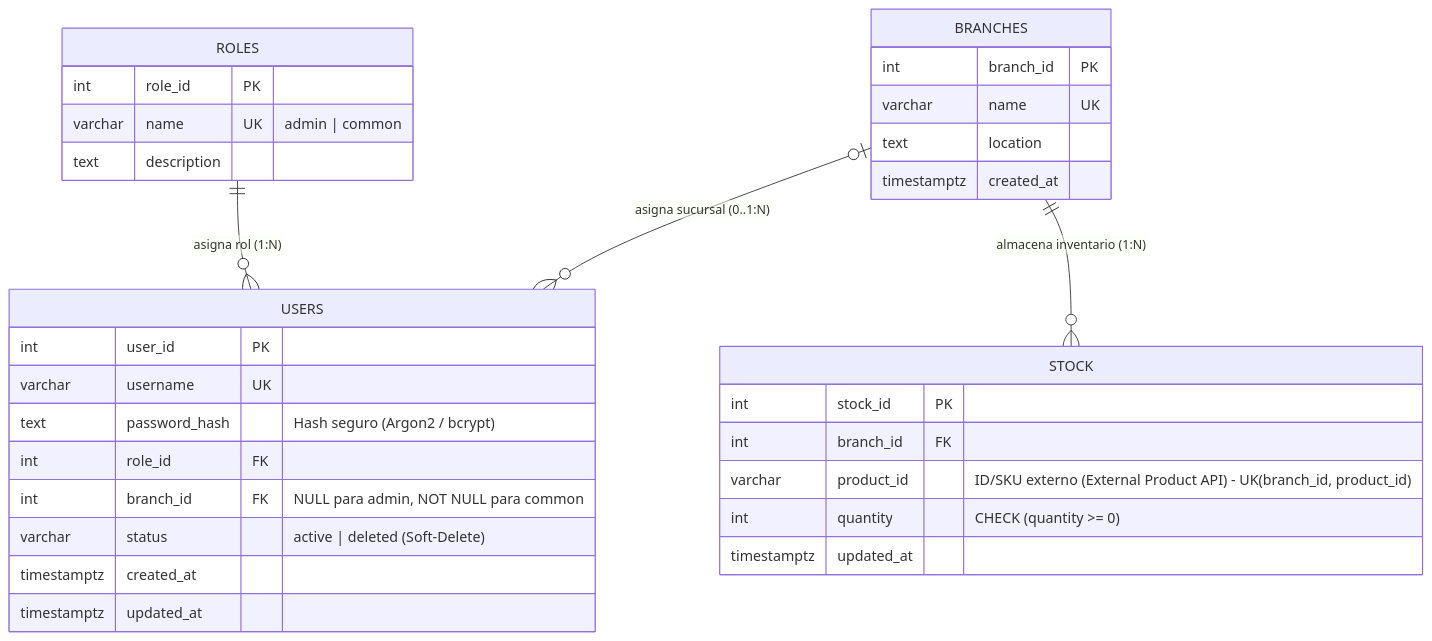
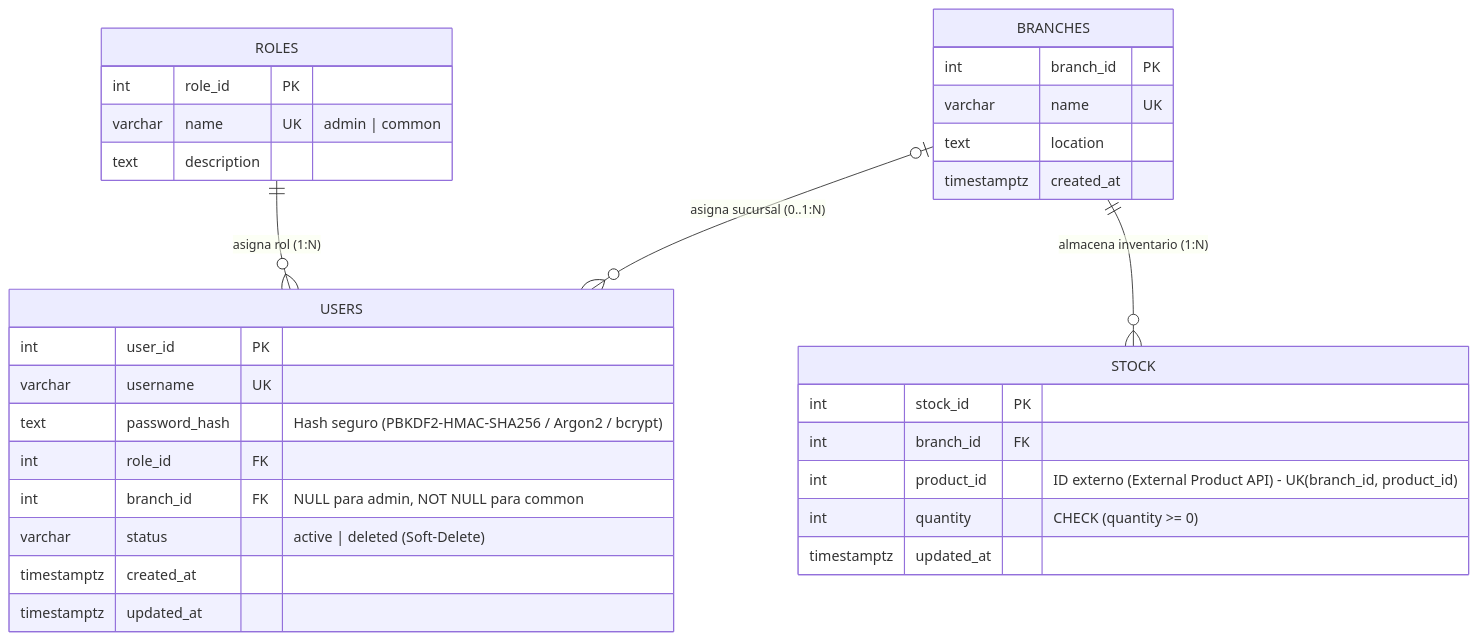
Before and after one commit to ElioUcan/hbntory: the second of 2 diagrams in docs/ARCHITECTURE.md, drawn with Mermaid. The commit also changed other lines of this file, not shown here.

````diff
--- a/docs/ARCHITECTURE.md
+++ b/docs/ARCHITECTURE.md
@@ -97,38 +97,38 @@
 ```mermaid
 erDiagram
     ROLES {
         int role_id PK
         varchar name UK "admin | common"
         text description
     }
 
     BRANCHES {
         int branch_id PK
         varchar name UK
         text location
         timestamptz created_at
     }
 
     USERS {
         int user_id PK
         varchar username UK
-        text password_hash "Hash seguro (Argon2 / bcrypt)"
+        text password_hash "Hash seguro (PBKDF2-HMAC-SHA256 / Argon2 / bcrypt)"
         int role_id FK
         int branch_id FK "NULL para admin, NOT NULL para common"
         varchar status "active | deleted (Soft-Delete)"
         timestamptz created_at
         timestamptz updated_at
     }
 
     STOCK {
         int stock_id PK
         int branch_id FK
-        varchar product_id "ID/SKU externo (External Product API) - UK(branch_id, product_id)"
+        int product_id "ID externo (External Product API) - UK(branch_id, product_id)"
         int quantity "CHECK (quantity >= 0)"
         timestamptz updated_at
     }
 
     ROLES ||--o{ USERS : "asigna rol (1:N)"
     BRANCHES |o--o{ USERS : "asigna sucursal (0..1:N)"
     BRANCHES ||--o{ STOCK : "almacena inventario (1:N)"
 ```
````
